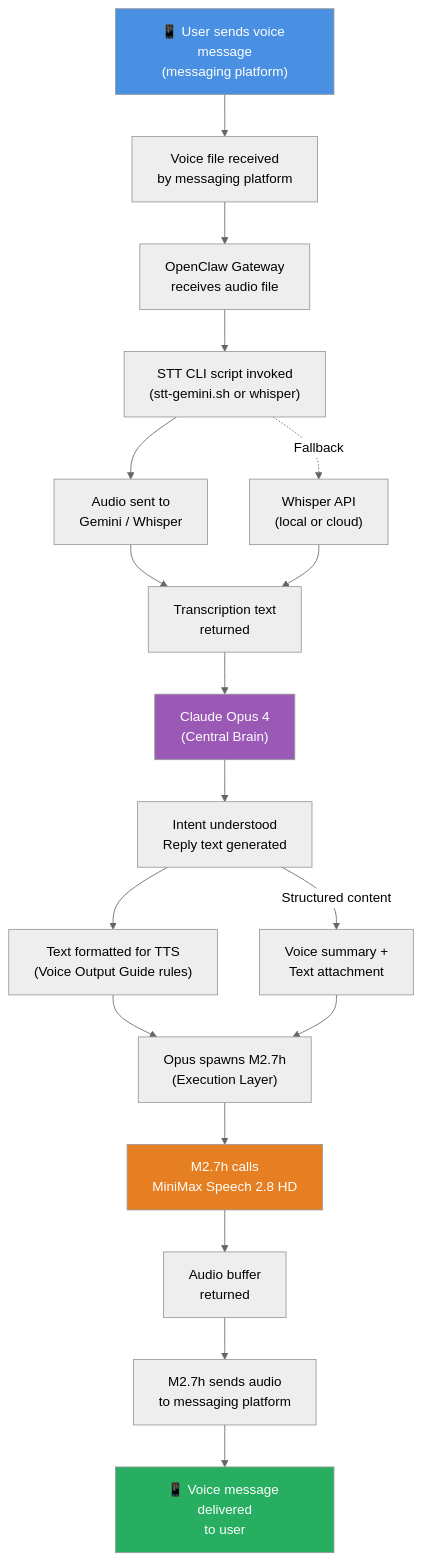
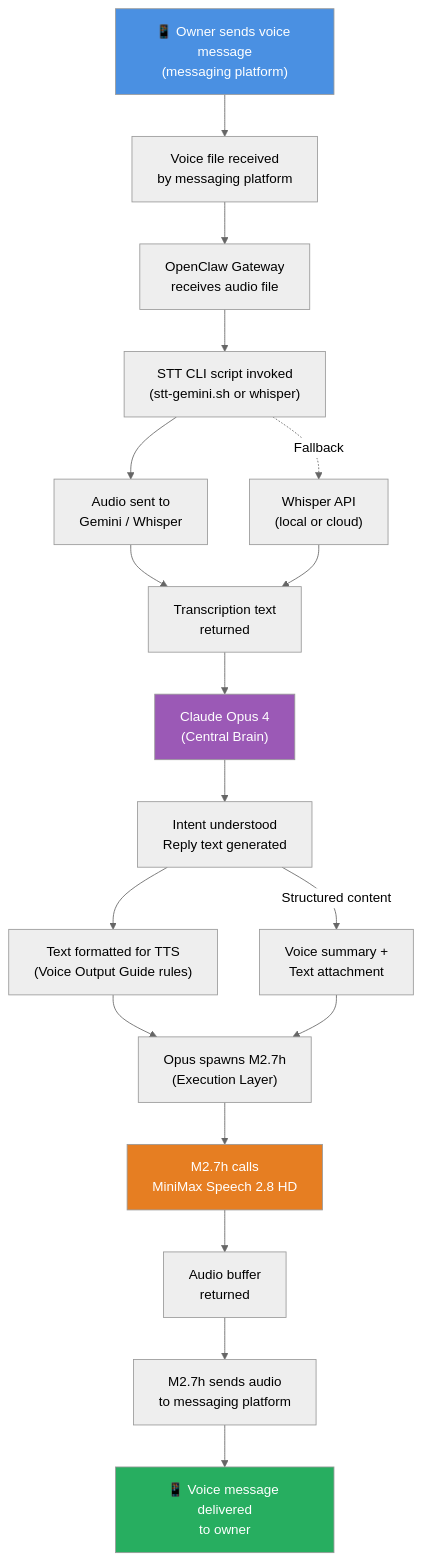
The diagram in VOICE_PIPELINE.md (xibsx/soulfirst), drawn with Mermaid (neutral theme) before and after one commit. The commit also changed other lines of this file and 4 other files, not shown here.

Commit message:
Replace user with owner everywhere; clean stale images; add Founding Builders link to README

````diff
--- a/VOICE_PIPELINE.md
+++ b/VOICE_PIPELINE.md
@@ -462,38 +462,38 @@
 ```mermaid
 flowchart TD
     %% Messaging Layer
-    A["📱 User sends voice message\n(messaging platform)"] --> B["Voice file received\nby messaging platform"]
+    A["📱 Owner sends voice message\n(messaging platform)"] --> B["Voice file received\nby messaging platform"]
     B --> C["OpenClaw Gateway\nreceives audio file"]
     
     %% STT Stage
     C --> D["STT CLI script invoked\n(stt-gemini.sh or whisper)"]
     D --> E["Audio sent to\nGemini / Whisper"]
     E --> F["Transcription text\nreturned"]
     
     %% Central Brain
     F --> G["Claude Opus 4\n(Central Brain)"]
     G --> H["Intent understood\nReply text generated"]
     H --> I["Text formatted for TTS\n(Voice Output Guide rules)"]
     
     %% TTS Stage
     I --> J["Opus spawns M2.7h\n(Execution Layer)"]
     J --> K["M2.7h calls\nMiniMax Speech 2.8 HD"]
     K --> L["Audio buffer\nreturned"]
     
     %% Delivery
     L --> M["M2.7h sends audio\nto messaging platform"]
-    M --> N["📱 Voice message delivered\nto user"]
+    M --> N["📱 Voice message delivered\nto owner"]
     
     %% Fallback path
     D -.->|Fallback| O["Whisper API\n(local or cloud)"]
     O --> F
     
     %% Dual delivery branch
     H -->|Structured content| P["Voice summary +\nText attachment"]
     P --> J
     
     style A fill:#4a90e2,color:#fff
     style N fill:#27ae60,color:#fff
     style G fill:#9b59b6,color:#fff
     style K fill:#e67e22,color:#fff
 ```
````
